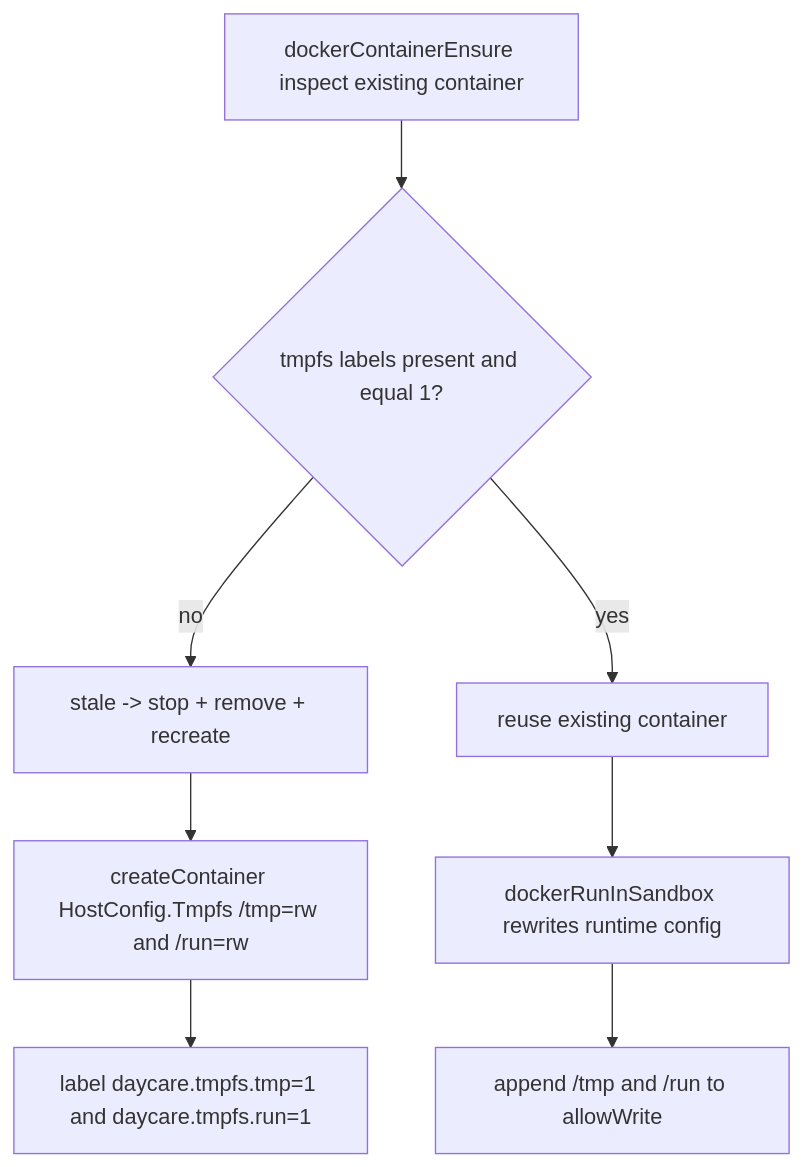
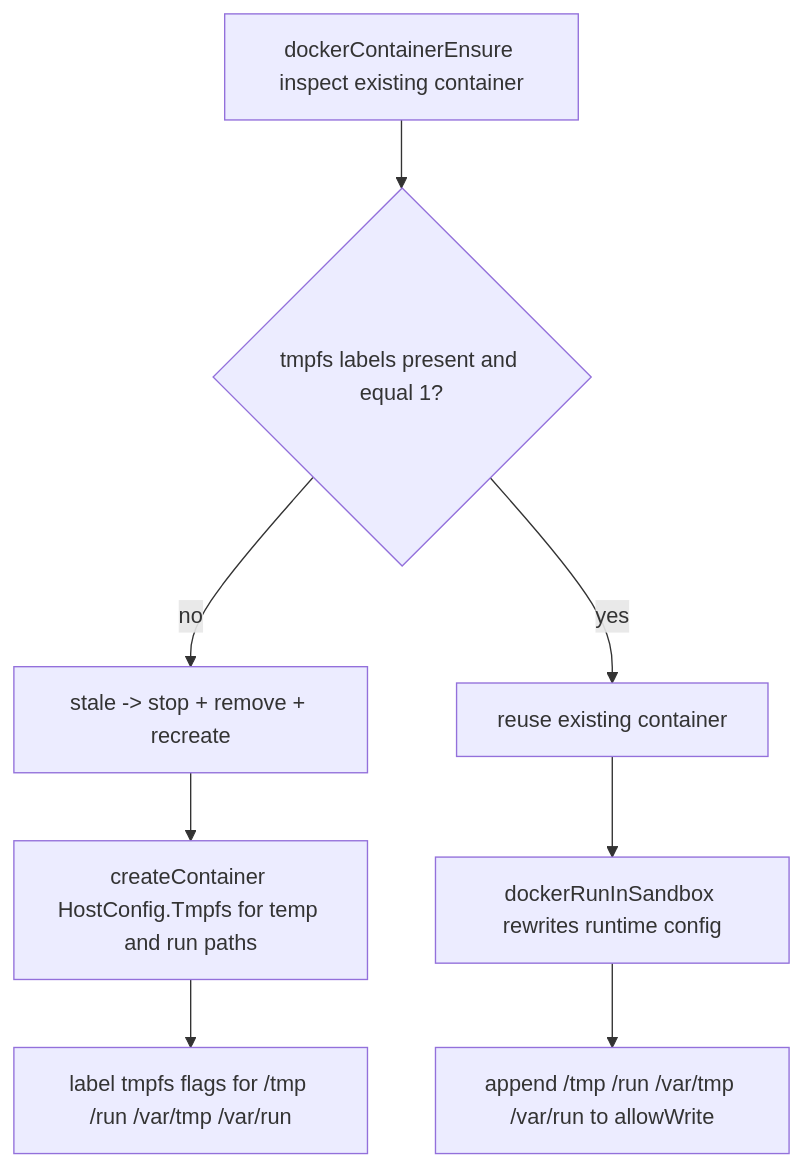
Before and after one commit to ex3ndr/daycare: the diagram in doc/internals/docker-tmpfs-tmp.md, drawn with Mermaid. The commit also changed other lines of this file and 5 other files, not shown here.

Commit message:
feat(sandbox): add /var tmpfs mounts

````diff
--- a/doc/internals/docker-tmpfs-tmp.md
+++ b/doc/internals/docker-tmpfs-tmp.md
@@ -16,10 +16,10 @@
 ```mermaid
 flowchart TD
     A[dockerContainerEnsure inspect existing container] --> B{tmpfs labels present and equal 1?}
     B -- no --> C[stale -> stop + remove + recreate]
     B -- yes --> D[reuse existing container]
-    C --> E[createContainer HostConfig.Tmpfs /tmp=rw and /run=rw]
-    E --> F[label daycare.tmpfs.tmp=1 and daycare.tmpfs.run=1]
+    C --> E[createContainer HostConfig.Tmpfs for temp and run paths]
+    E --> F[label tmpfs flags for /tmp /run /var/tmp /var/run]
     D --> G[dockerRunInSandbox rewrites runtime config]
-    G --> H[append /tmp and /run to allowWrite]
+    G --> H[append /tmp /run /var/tmp /var/run to allowWrite]
 ```
````
